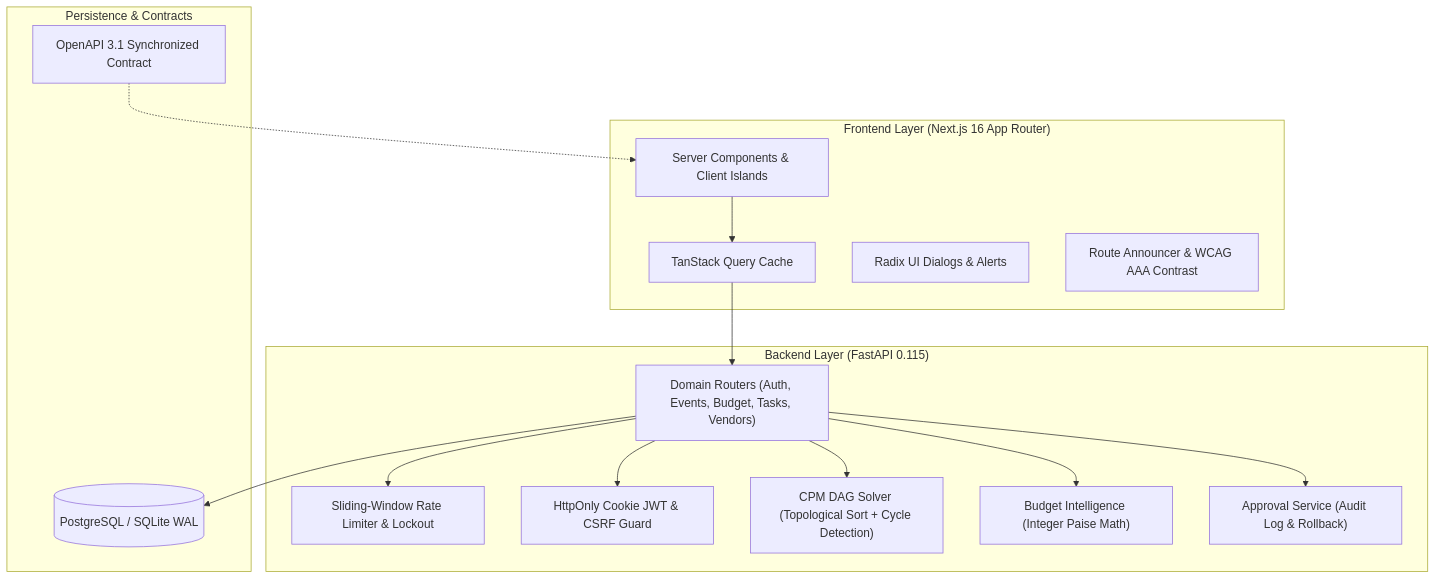
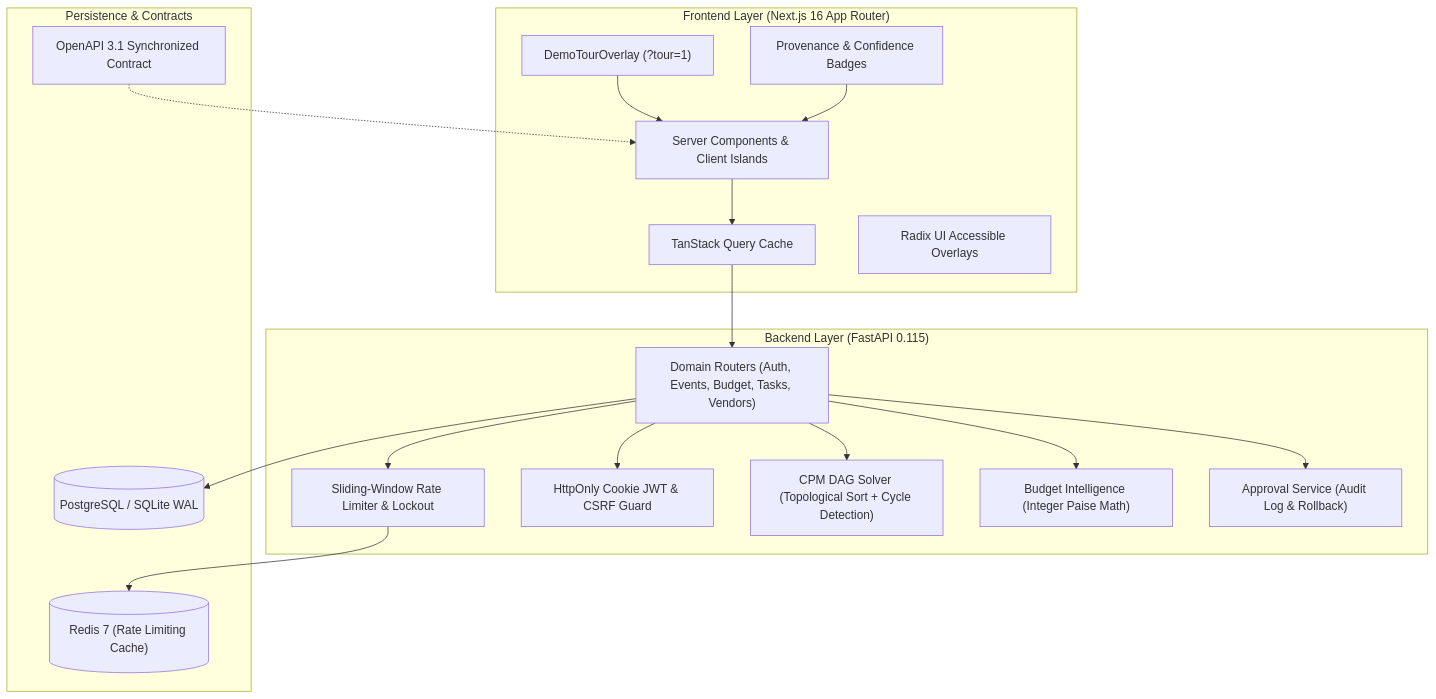
Before and after one commit to ramakrishnanyadav/Celestia: the diagram in README.md, drawn with Mermaid. The commit also changed other lines of this file and 18 other files, not shown here.

Commit message:
feat(pm): problem-statement alignment to 9.8/10 with seeded events, provenance, docker compose, and guided demo tour

````diff
--- a/README.md
+++ b/README.md
@@ -48,33 +83,38 @@
 ```mermaid
 graph TD
     subgraph Frontend["Frontend Layer (Next.js 16 App Router)"]
         UI["Server Components & Client Islands"]
         TQ["TanStack Query Cache"]
-        Radix["Radix UI Dialogs & Alerts"]
-        A11y["Route Announcer & WCAG AAA Contrast"]
+        Radix["Radix UI Accessible Overlays"]
+        Tour["DemoTourOverlay (?tour=1)"]
+        Prov["Provenance & Confidence Badges"]
     end
 
     subgraph Backend["Backend Layer (FastAPI 0.115)"]
         Router["Domain Routers (Auth, Events, Budget, Tasks, Vendors)"]
         RL["Sliding-Window Rate Limiter & Lockout"]
         Auth["HttpOnly Cookie JWT & CSRF Guard"]
         CPM["CPM DAG Solver (Topological Sort + Cycle Detection)"]
         BudgetEngine["Budget Intelligence (Integer Paise Math)"]
         Approve["Approval Service (Audit Log & Rollback)"]
     end
 
     subgraph Data["Persistence & Contracts"]
         DB[("PostgreSQL / SQLite WAL")]
+        Redis[("Redis 7 (Rate Limiting Cache)")]
         OpenAPI["OpenAPI 3.1 Synchronized Contract"]
     end
 
     UI --> TQ
+    Tour --> UI
+    Prov --> UI
     TQ --> Router
     Router --> Auth
     Router --> RL
+    RL --> Redis
     Router --> CPM
     Router --> BudgetEngine
     Router --> Approve
     Router --> DB
     OpenAPI -.-> UI
 ```
````
